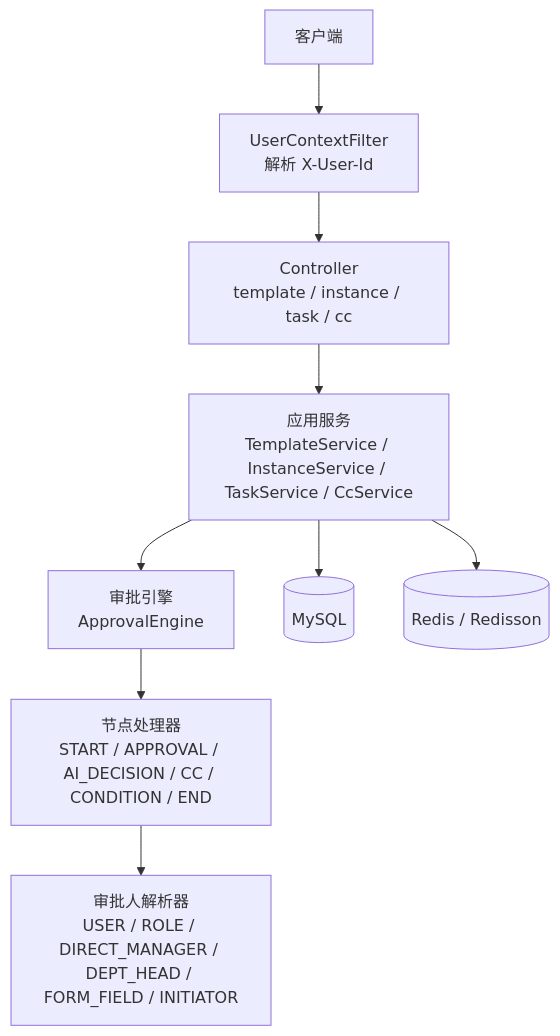
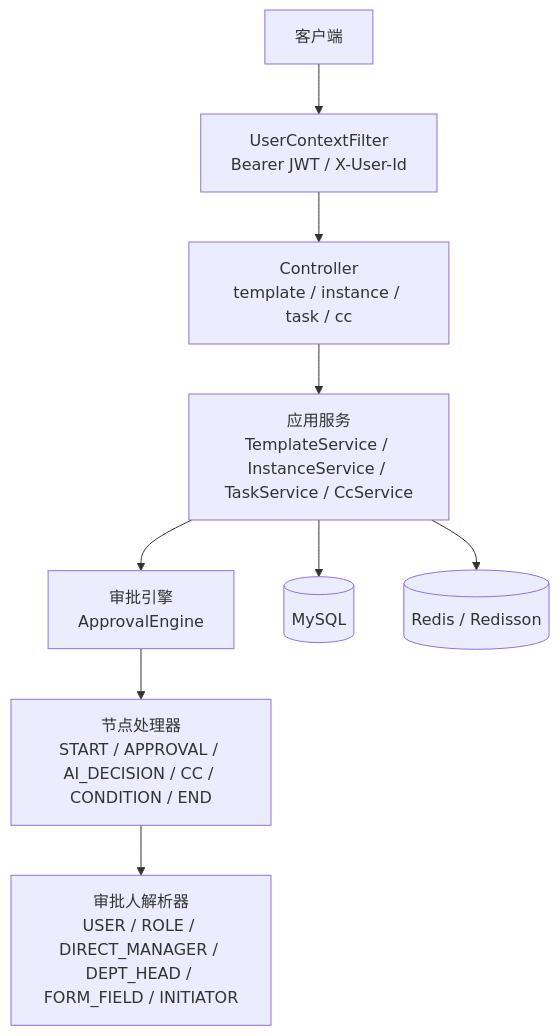
The first of 9 diagrams in doc/审批业务链路说明.md (headwithnohair/vllmpt), drawn with Mermaid before and after one commit. The commit also changed other lines of this file and 58 other files, not shown here.

````diff
--- a/doc/审批业务链路说明.md
+++ b/doc/审批业务链路说明.md
@@ -35,11 +35,11 @@
 ```mermaid
 flowchart TB
-    A[客户端] --> B[UserContextFilter<br/>解析 X-User-Id]
+    A[客户端] --> B[UserContextFilter<br/>Bearer JWT / X-User-Id]
     B --> C[Controller<br/>template / instance / task / cc]
     C --> D[应用服务<br/>TemplateService / InstanceService / TaskService / CcService]
     D --> E[审批引擎<br/>ApprovalEngine]
     E --> F[节点处理器<br/>START / APPROVAL / AI_DECISION / CC / CONDITION / END]
     F --> G[审批人解析器<br/>USER / ROLE / DIRECT_MANAGER / DEPT_HEAD / FORM_FIELD / INITIATOR]
     D --> H[(MySQL)]
     D --> I[(Redis / Redisson)]
 ```
````
